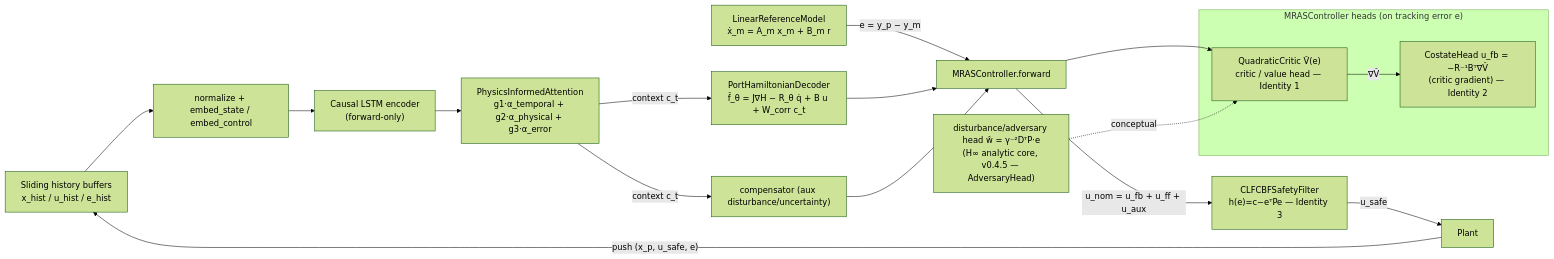
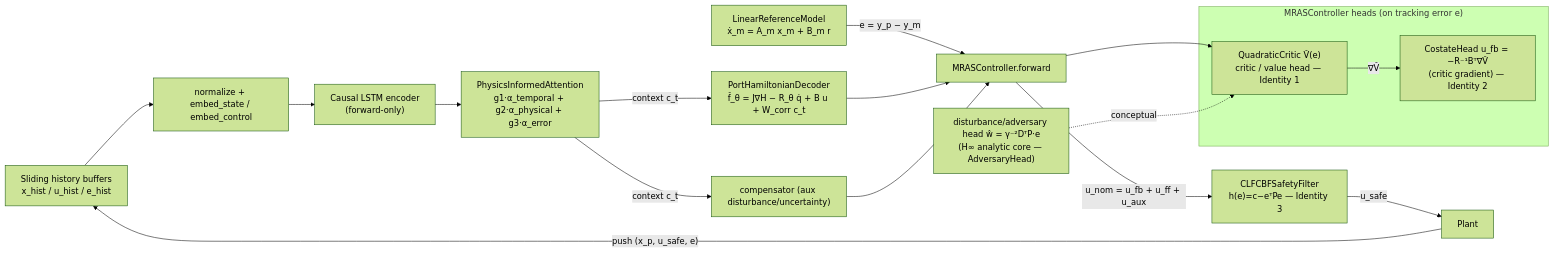
The diagram in docs/architecture/ARCHITECTURE.md (danielsimonjr/PITS-MRAS), drawn with Mermaid (forest theme) before and after one commit. The commit also changed other lines of this file and 5 other files, not shown here.

First line of the commit message:
docs(architecture): de-version design docs to a present-tense snapshot

````diff
--- a/docs/architecture/ARCHITECTURE.md
+++ b/docs/architecture/ARCHITECTURE.md
@@ -365,21 +358,21 @@
 ```mermaid
 flowchart LR
     H["Sliding history buffers<br/>x_hist / u_hist / e_hist"] --> EMB["normalize + embed_state / embed_control"]
     EMB --> LSTM["Causal LSTM encoder<br/>(forward-only)"]
     LSTM --> ATT["PhysicsInformedAttention<br/>g1·α_temporal + g2·α_physical + g3·α_error"]
     ATT -->|"context c_t"| DEC["PortHamiltonianDecoder<br/>f̂_θ = J∇H − R_θ q̇ + B u + W_corr c_t"]
     ATT -->|"context c_t"| COMP["compensator (aux disturbance/uncertainty)"]
     REF["LinearReferenceModel<br/>ẋ_m = A_m x_m + B_m r"] -->|"e = y_p − y_m"| MRAS
     DEC --> MRAS["MRASController.forward"]
     COMP --> MRAS
     subgraph MRAS_HEADS["MRASController heads (on tracking error e)"]
         CRIT["QuadraticCritic V̂(e)<br/>critic / value head — Identity 1"]
         COST["CostateHead u_fb = −R⁻¹Bᵀ∇V̂<br/>(critic gradient) — Identity 2"]
         CRIT -->|"∇V̂"| COST
     end
     MRAS --> CRIT
     MRAS -->|"u_nom = u_fb + u_ff + u_aux"| SF["CLFCBFSafetyFilter<br/>h(e)=c−eᵀPe — Identity 3"]
-    ADV["disturbance/adversary head ŵ = γ⁻²DᵀP·e<br/>(H∞ analytic core, v0.4.5 — AdversaryHead)"] -.->|"conceptual"| CRIT
+    ADV["disturbance/adversary head ŵ = γ⁻²DᵀP·e<br/>(H∞ analytic core — AdversaryHead)"] -.->|"conceptual"| CRIT
     SF -->|"u_safe"| PLANT["Plant"]
     PLANT -->|"push (x_p, u_safe, e)"| H
 ```
````
